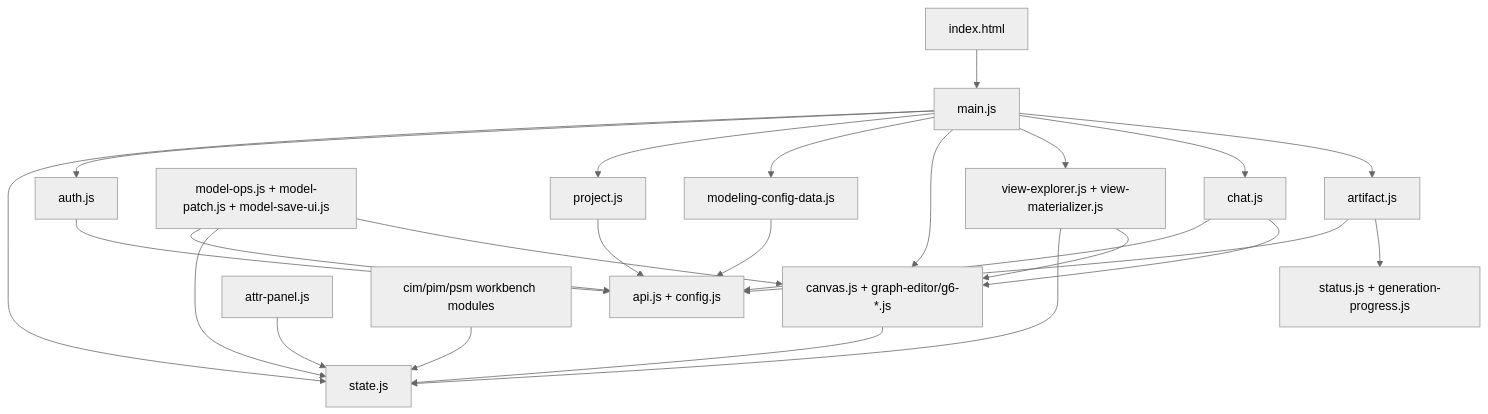
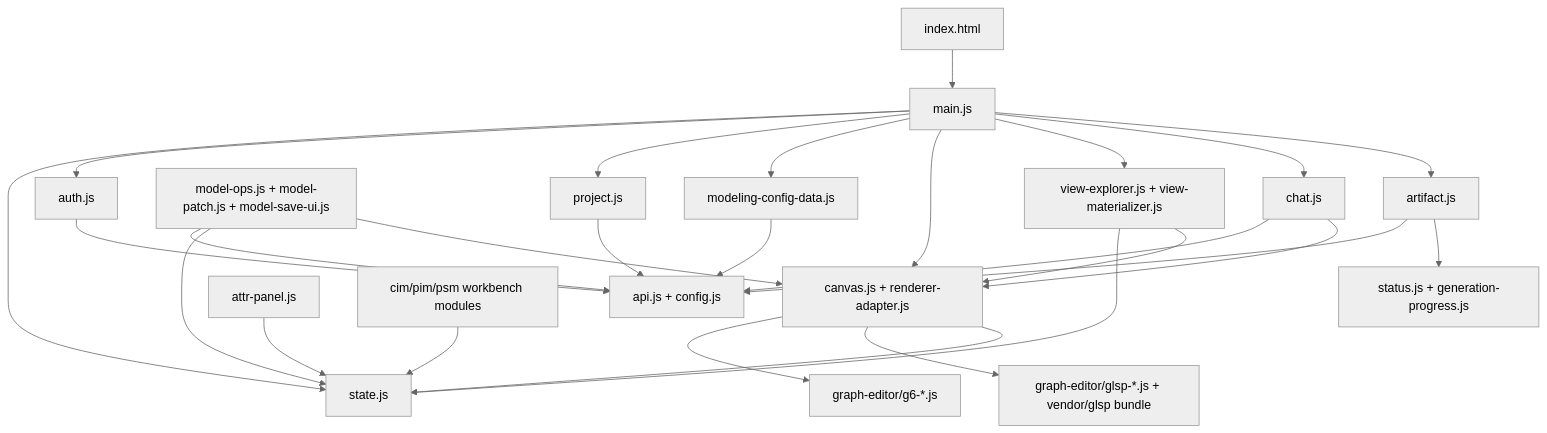
One commit to mehdieidi/modriss changed the first of 5 diagrams in docs/diagrams/21-frontend-architecture-and-flows.md. Above: the diagram before and after it, drawn with Mermaid (neutral theme). The commit also changed 50 other files, not shown here.

````diff
--- a/docs/diagrams/21-frontend-architecture-and-flows.md
+++ b/docs/diagrams/21-frontend-architecture-and-flows.md
@@ -5,43 +5,47 @@
 ```mermaid
 flowchart TB
     html["index.html"]
     main["main.js"]
     state["state.js"]
     api["api.js + config.js"]
     auth["auth.js"]
     project["project.js"]
     modelOps["model-ops.js + model-patch.js + model-save-ui.js"]
     configData["modeling-config-data.js"]
-    canvas["canvas.js + graph-editor/g6-*.js"]
+    canvas["canvas.js + renderer-adapter.js"]
+    g6["graph-editor/g6-*.js"]
+    glsp["graph-editor/glsp-*.js + vendor/glsp bundle"]
     views["view-explorer.js + view-materializer.js"]
     attrs["attr-panel.js"]
     workbenches["cim/pim/psm workbench modules"]
     chat["chat.js"]
     artifact["artifact.js"]
     status["status.js + generation-progress.js"]
 
     html --> main
     main --> state
     main --> auth
     main --> project
     main --> configData
     main --> canvas
+    canvas --> g6
+    canvas --> glsp
     main --> views
     main --> chat
     main --> artifact
     auth --> api
     project --> api
     modelOps --> api
     configData --> api
     chat --> api
     artifact --> api
     canvas --> state
     attrs --> state
     views --> state
     workbenches --> state
     modelOps --> state
     modelOps --> canvas
     views --> canvas
     chat --> canvas
     artifact --> status
 ```
````
